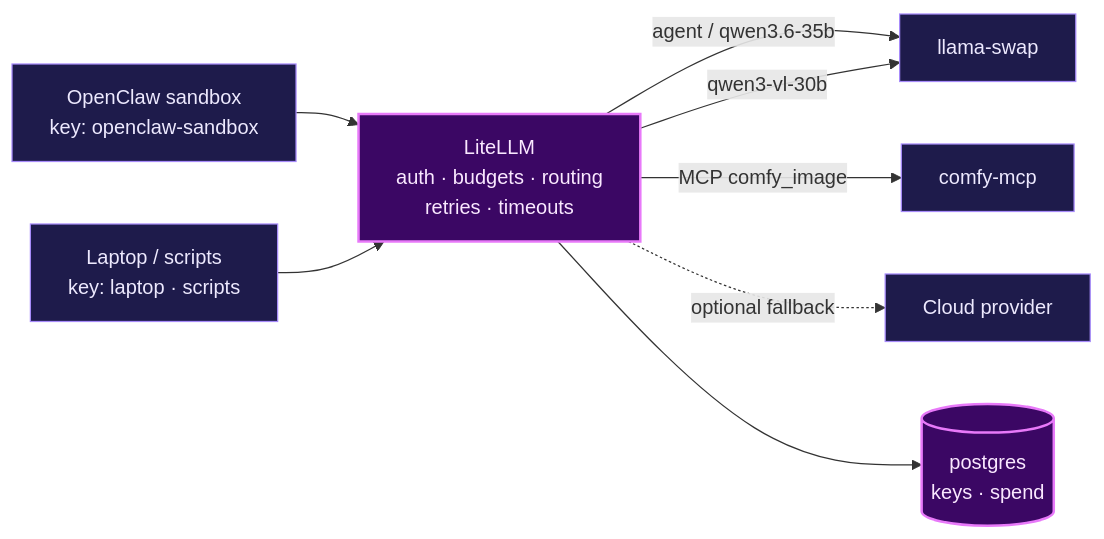
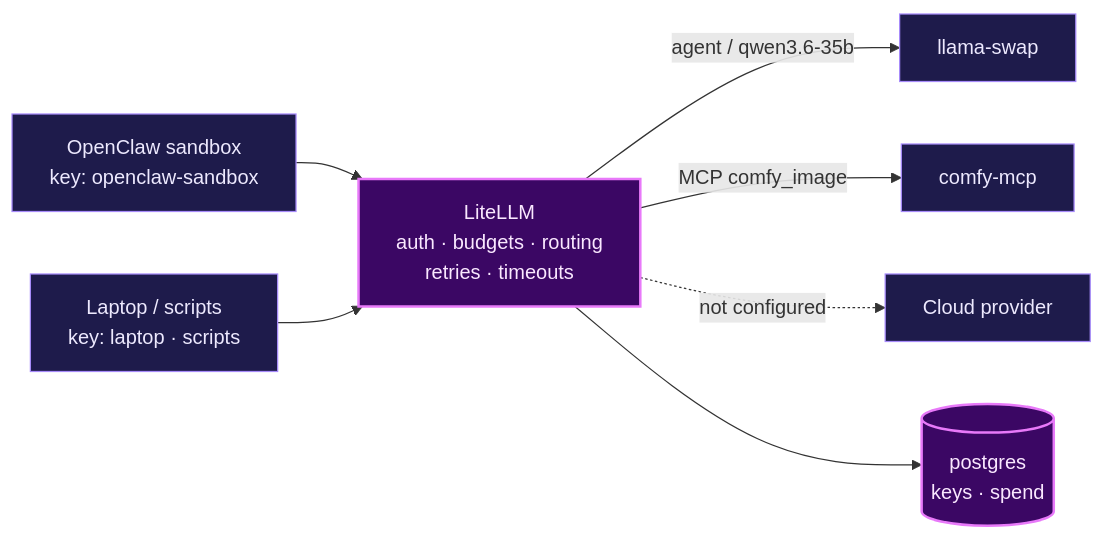
The fourth of 15 diagrams in gb10-agent-stack.md (ravikiranvs/gb10-ai-stack), drawn with Mermaid before and after one commit. The commit also changed other lines of this file and 21 other files, not shown here.

````diff
--- a/gb10-agent-stack.md
+++ b/gb10-agent-stack.md
@@ -278,16 +279,15 @@
 ```mermaid
 flowchart LR
     OC["OpenClaw sandbox<br/>key: openclaw-sandbox"] --> L
     LP["Laptop / scripts<br/>key: laptop · scripts"] --> L
     L["LiteLLM<br/>auth · budgets · routing<br/>retries · timeouts"]
     L -- "agent / qwen3.6-35b" --> LS["llama-swap"]
-    L -- "qwen3-vl-30b" --> LS
     L -- "MCP comfy_image" --> M["comfy-mcp"]
-    L -. "optional fallback" .-> CLOUD["Cloud provider"]
+    L -. "not configured" .-> CLOUD["Cloud provider"]
     L --> PG[("postgres<br/>keys · spend")]
 
     classDef g fill:#3b0764,stroke:#e879f9,color:#fae8ff,stroke-width:2px
     classDef n fill:#1e1b4b,stroke:#a78bfa,color:#ede9fe
     class L,PG g
     class OC,LP,LS,M,CLOUD n
 ```
````
